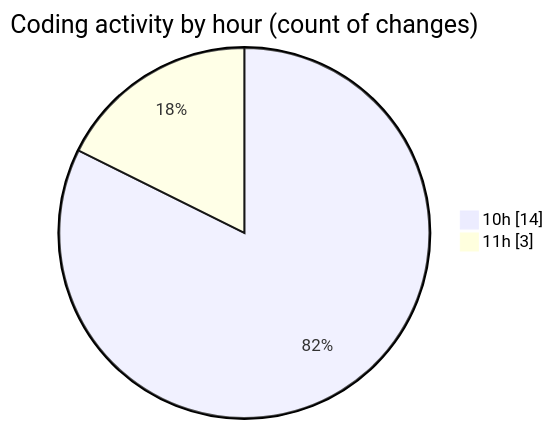
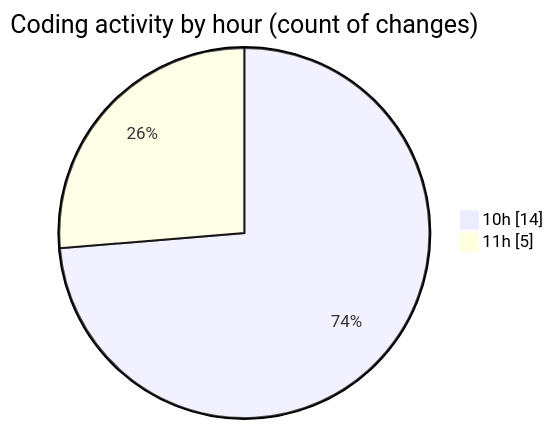
One commit to nxtqubesakshisongat/code-tracking changed the second of 2 diagrams in 2026-05-03/nxtqube_webapp/README.md. Above: the diagram before and after it, drawn with Mermaid. The commit also changed other lines of this file and 1 other file, not shown here.

````diff
--- a/2026-05-03/nxtqube_webapp/README.md
+++ b/2026-05-03/nxtqube_webapp/README.md
@@ -30,6 +31,6 @@
 ```mermaid
 pie showData
 title Coding activity by hour (count of changes)
 "10h" : 14
-"11h" : 3
+"11h" : 5
 ```
````
